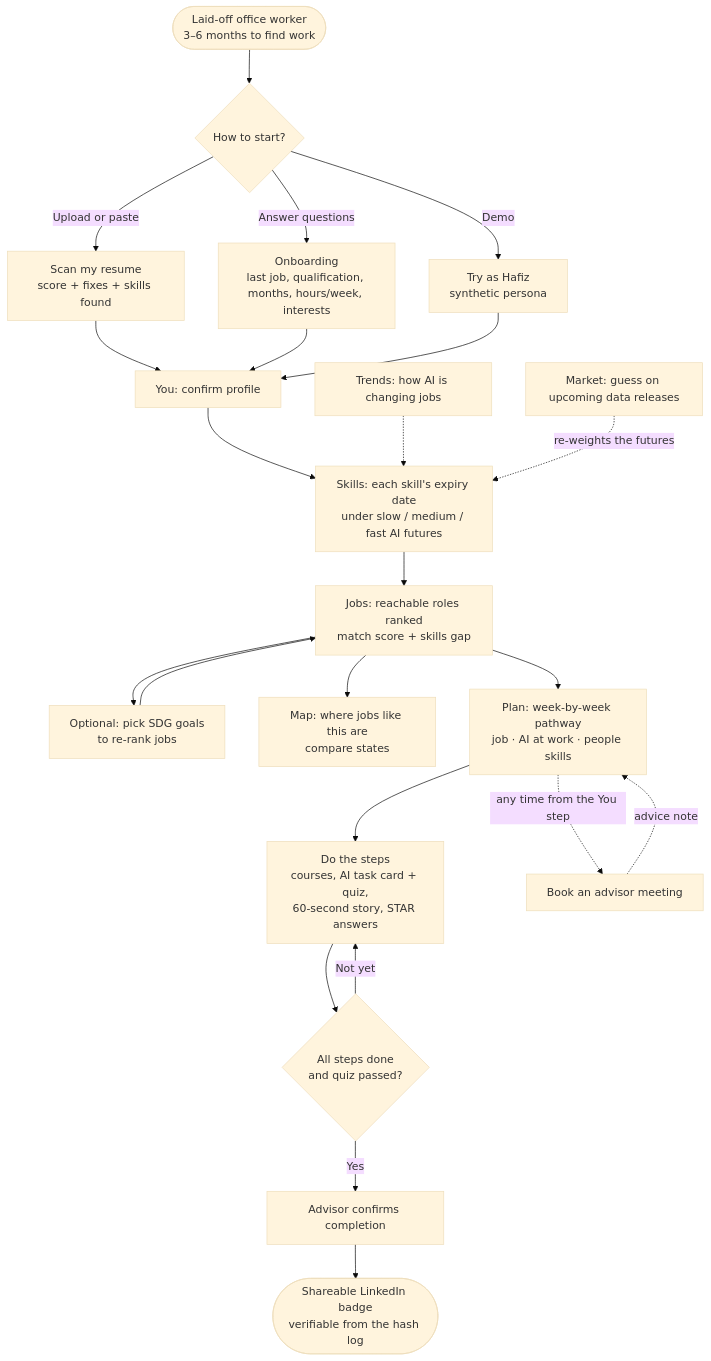
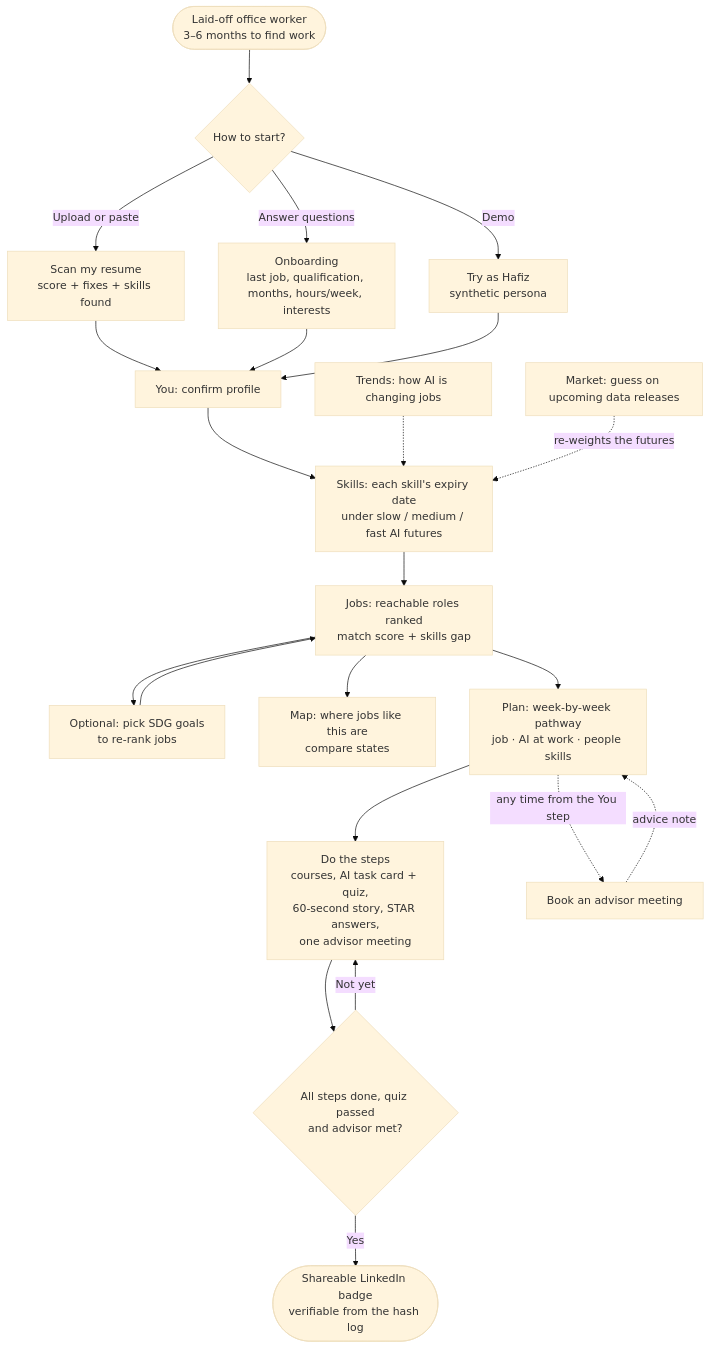
One commit to yabgzichien/SDCHack-slaynergy changed the first of 2 diagrams in README.md. Above: the diagram before and after it, drawn with Mermaid (base theme). The commit also changed other lines of this file and 73 other files, not shown here.

````diff
--- a/README.md
+++ b/README.md
@@ -61,27 +61,26 @@
 ```mermaid
 flowchart TD
     A([Laid-off office worker<br/>3–6 months to find work]) --> B{How to start?}
     B -->|Upload or paste| C[Scan my resume<br/>score + fixes + skills found]
     B -->|Answer questions| D[Onboarding<br/>last job, qualification, months, hours/week, interests]
     B -->|Demo| E[Try as Hafiz<br/>synthetic persona]
     C --> F[You: confirm profile]
     D --> F
     E --> F
     F --> G[Skills: each skill's expiry date<br/>under slow / medium / fast AI futures]
     G --> H[Jobs: reachable roles ranked<br/>match score + skills gap]
     H --> H2[Optional: pick SDG goals<br/>to re-rank jobs]
     H2 --> H
     H --> M[Map: where jobs like this are<br/>compare states]
     H --> I[Plan: week-by-week pathway<br/>job · AI at work · people skills]
-    I --> J[Do the steps<br/>courses, AI task card + quiz,<br/>60-second story, STAR answers]
-    J --> K{All steps done<br/>and quiz passed?}
+    I --> J[Do the steps<br/>courses, AI task card + quiz,<br/>60-second story, STAR answers,<br/>one advisor meeting]
+    J --> K{All steps done, quiz passed<br/>and advisor met?}
     K -->|Not yet| J
-    K -->|Yes| L[Advisor confirms completion]
-    L --> N([Shareable LinkedIn badge<br/>verifiable from the hash log])
+    K -->|Yes| N([Shareable LinkedIn badge<br/>verifiable from the hash log])
 
     I -.->|any time from the You step| ADV[Book an advisor meeting]
     ADV -.->|advice note| I
 
     T[Trends: how AI is changing jobs] -.-> G
     MK[Market: guess on upcoming data releases] -.->|re-weights the futures| G
 ```
````
